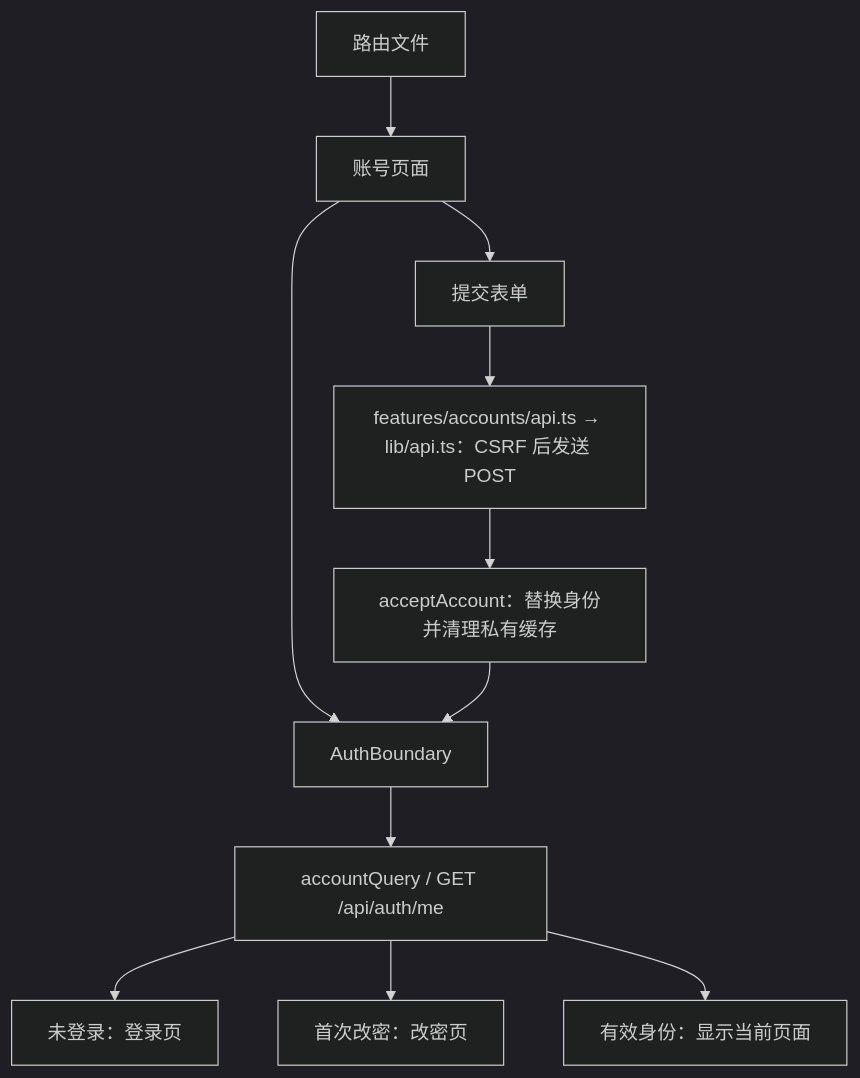
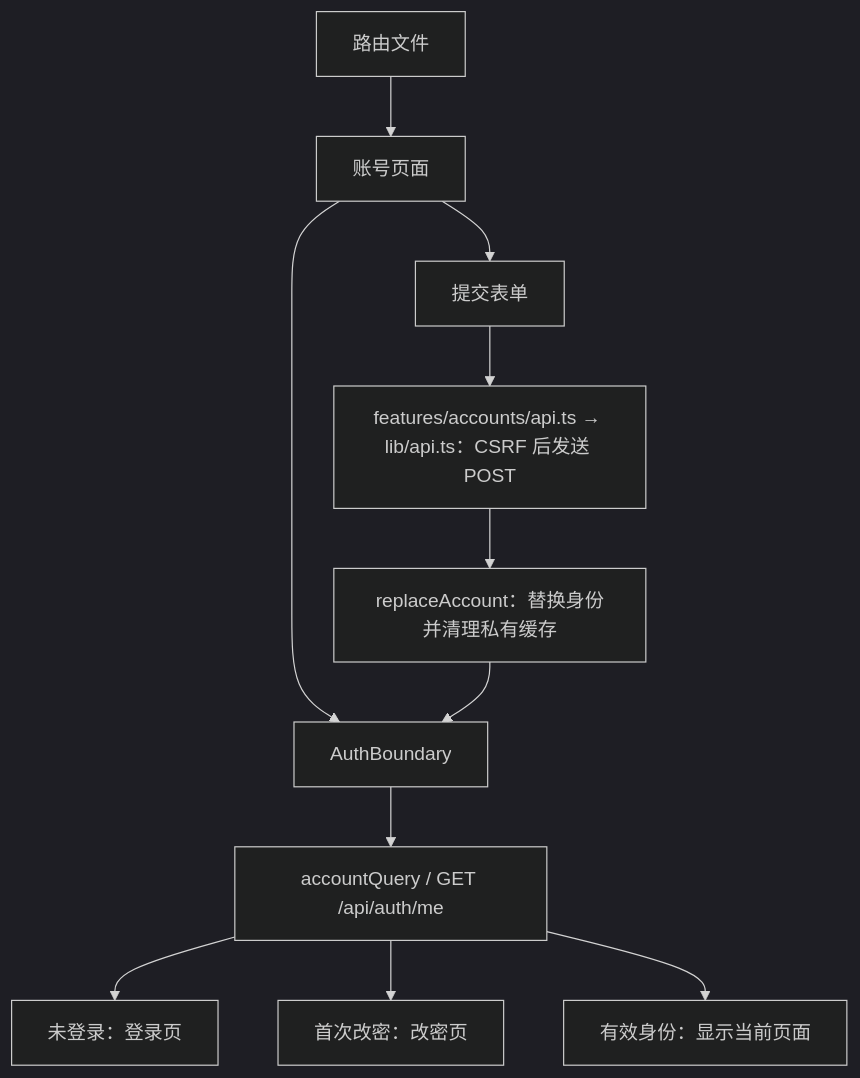
One commit to lorenzoyang/TavoloFlow changed the second of 2 diagrams in docs/store-accounts.md. Above: the diagram before and after it, drawn with Mermaid (dark theme). The commit also changed other lines of this file and 7 other files, not shown here.

First line of the commit message:
docs: architecture guide and refactoring notes

````diff
--- a/docs/store-accounts.md
+++ b/docs/store-accounts.md
@@ -195,13 +195,13 @@
 ```mermaid
 flowchart TD
     R[路由文件] --> P[账号页面]
     P --> B[AuthBoundary]
     B --> Q[accountQuery / GET /api/auth/me]
     Q --> L[未登录：登录页]
     Q --> C[首次改密：改密页]
     Q --> A[有效身份：显示当前页面]
     P --> F[提交表单]
     F --> API[features/accounts/api.ts → lib/api.ts：CSRF 后发送 POST]
-    API --> S[acceptAccount：替换身份并清理私有缓存]
+    API --> S[replaceAccount：替换身份并清理私有缓存]
     S --> B
 ```
````
